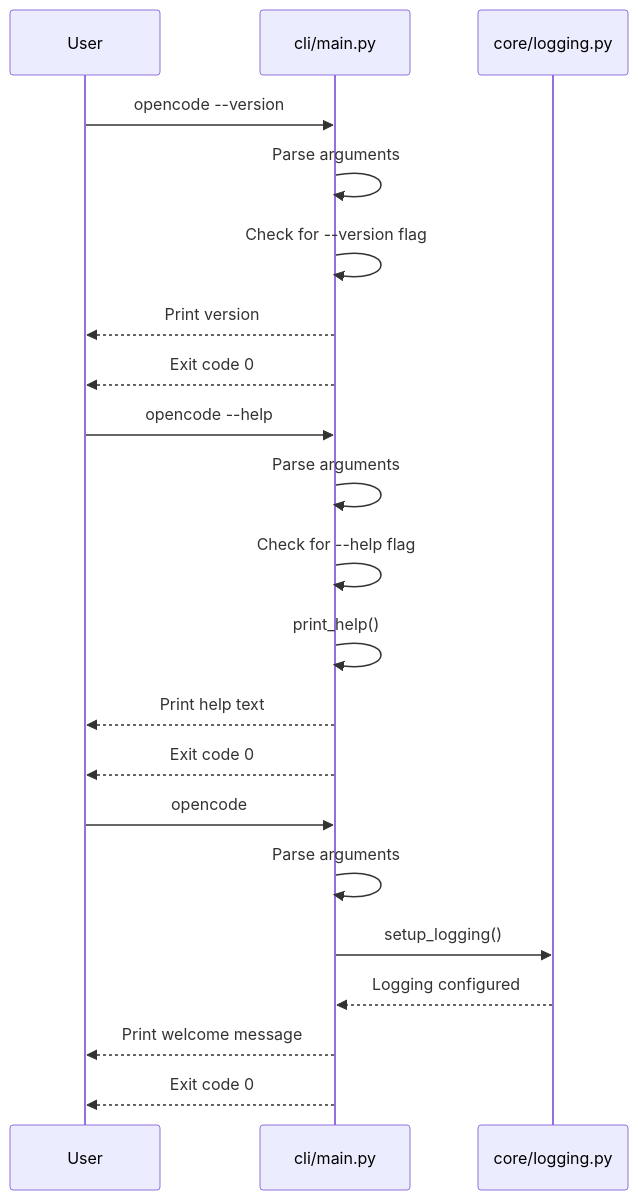
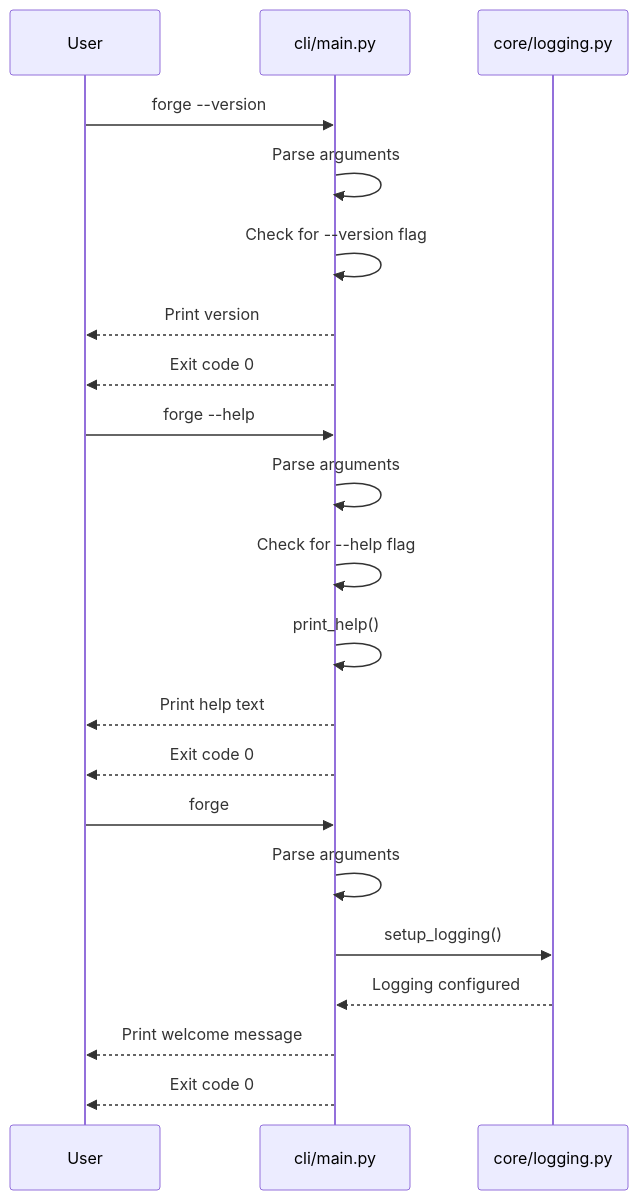
Before and after one commit to corey-rosamond/Code-Forge: the eighth of 9 diagrams in .ai/phase/1.1/UML.md, drawn with Mermaid. The commit also changed other lines of this file and 505 other files, not shown here.

````diff
--- a/.ai/phase/1.1/UML.md
+++ b/.ai/phase/1.1/UML.md
@@ -285,26 +285,26 @@
 ```mermaid
 sequenceDiagram
     participant U as User
     participant CLI as cli/main.py
     participant Log as core/logging.py
 
-    U->>CLI: opencode --version
+    U->>CLI: forge --version
     CLI->>CLI: Parse arguments
     CLI->>CLI: Check for --version flag
     CLI-->>U: Print version
     CLI-->>U: Exit code 0
 
-    U->>CLI: opencode --help
+    U->>CLI: forge --help
     CLI->>CLI: Parse arguments
     CLI->>CLI: Check for --help flag
     CLI->>CLI: print_help()
     CLI-->>U: Print help text
     CLI-->>U: Exit code 0
 
-    U->>CLI: opencode
+    U->>CLI: forge
     CLI->>CLI: Parse arguments
     CLI->>Log: setup_logging()
     Log-->>CLI: Logging configured
     CLI-->>U: Print welcome message
     CLI-->>U: Exit code 0
 ```
````
